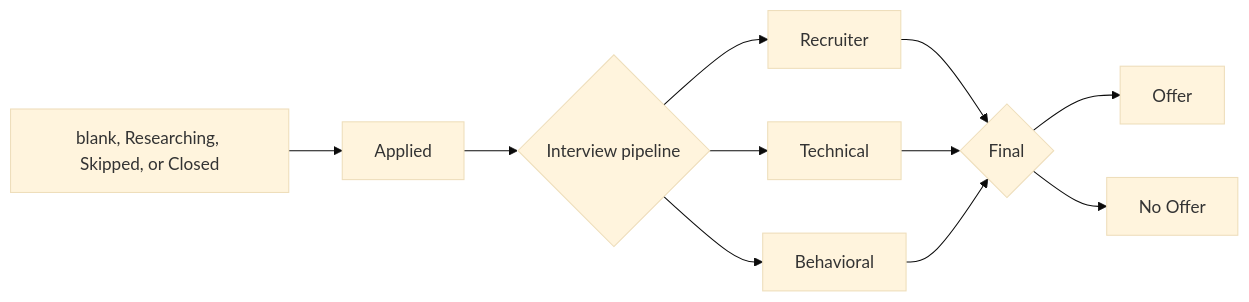
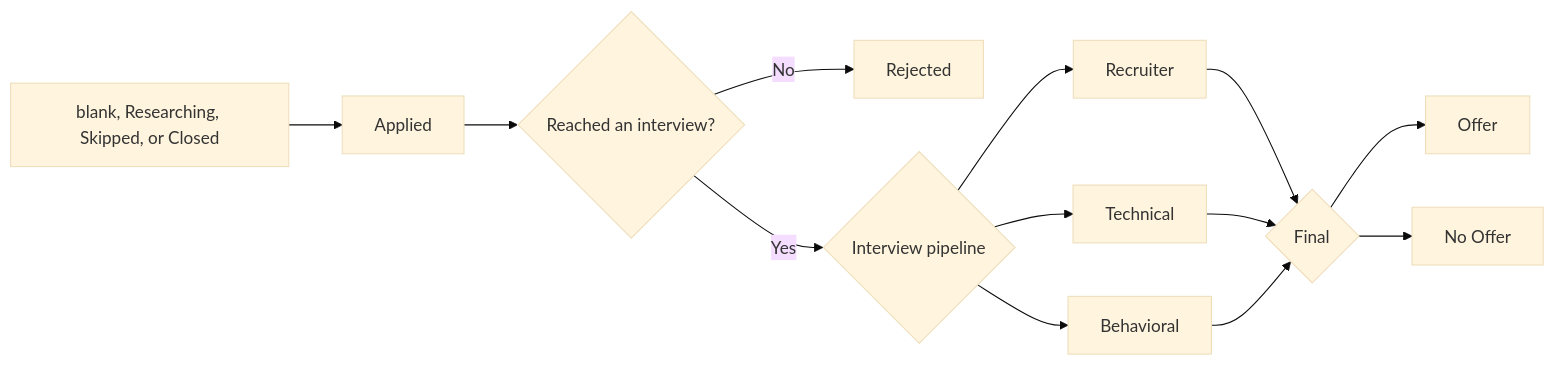
Before and after one commit to fsw0422/skills: the second of 4 diagrams in linkedin-job-pilot/references/discovery-tracking.md, drawn with Mermaid (base theme). The commit also changed other lines of this file and 2 other files, not shown here.

First line of the commit message:
linkedin-job-pilot: add Rejected as the no-interview outcome (#6)

```diff
--- a/linkedin-job-pilot/references/discovery-tracking.md
+++ b/linkedin-job-pilot/references/discovery-tracking.md
@@ -49,13 +49,15 @@
 ~~~mermaid
 flowchart LR
     S[blank, Researching, Skipped, or Closed] --> A[Applied]
-    A --> P{Interview pipeline}
+    A --> Q{Reached an interview?}
+    Q -- No --> X[Rejected]
+    Q -- Yes --> P{Interview pipeline}
     P --> R[Recruiter]
     P --> T[Technical]
     P --> B[Behavioral]
     R --> F{Final}
     T --> F
     B --> F
     F --> O[Offer]
     F --> N[No Offer]
 ~~~
```
